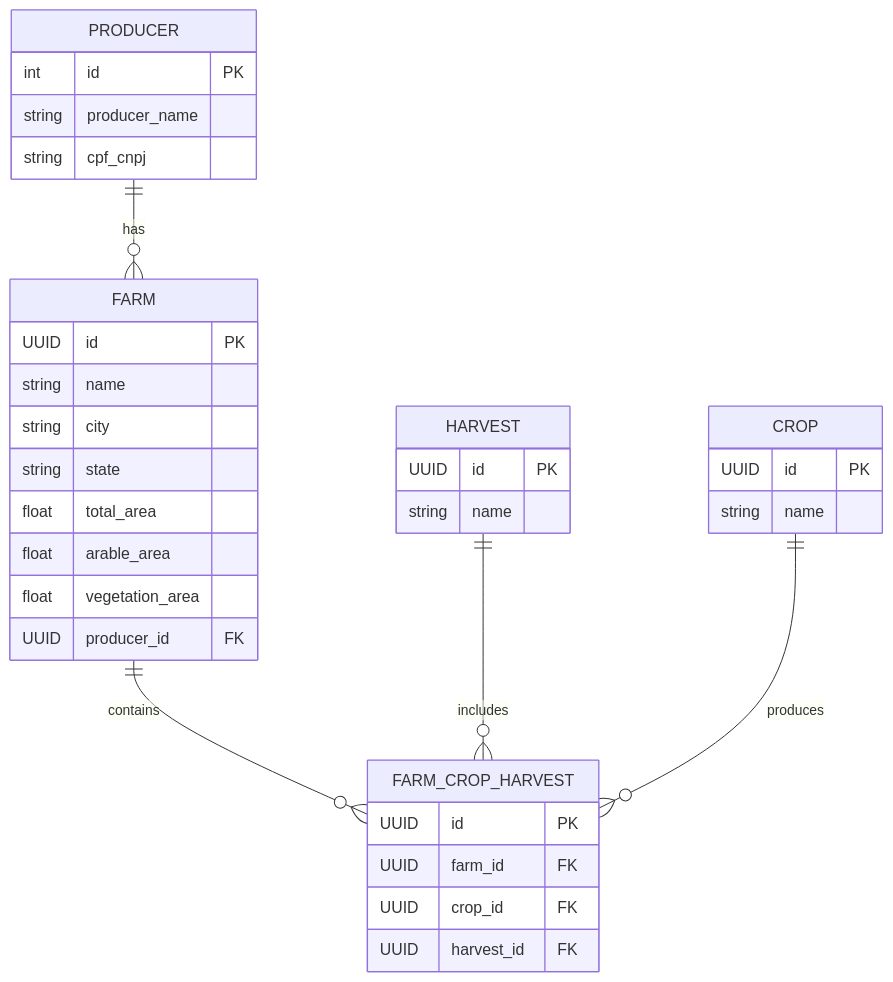
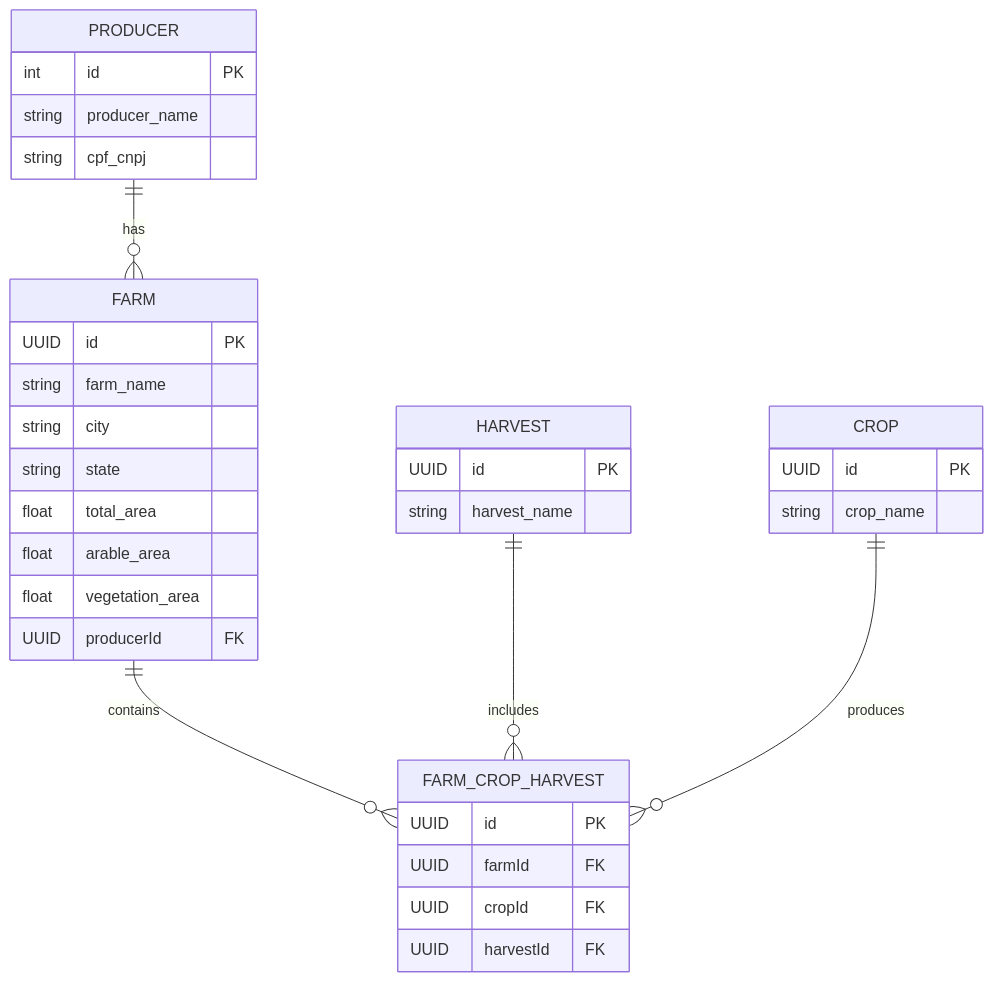
Before and after one commit to dilenio/brain_agriculture: the diagram in README.MD, drawn with Mermaid. The commit also changed other lines of this file and 12 other files, not shown here.

````diff
--- a/README.MD
+++ b/README.MD
@@ -3,41 +13,41 @@
 ```mermaid
 erDiagram
   PRODUCER ||--o{ FARM : has
   FARM ||--o{ FARM_CROP_HARVEST : contains
   HARVEST ||--o{ FARM_CROP_HARVEST : includes
   CROP ||--o{ FARM_CROP_HARVEST : produces
 
   PRODUCER {
     int id PK
     string producer_name
     string cpf_cnpj
   }
 
   FARM {
     UUID id PK
-    string name
+    string farm_name
     string city
     string state
     float total_area
     float arable_area
     float vegetation_area
-    UUID producer_id FK
+    UUID producerId FK
   }
 
   HARVEST {
     UUID id PK
-    string name
+    string harvest_name
   }
 
   CROP {
     UUID id PK
-    string name
+    string crop_name
   }
 
   FARM_CROP_HARVEST {
     UUID id PK
-    UUID farm_id FK
-    UUID crop_id FK
-    UUID harvest_id FK
+    UUID farmId FK
+    UUID cropId FK
+    UUID harvestId FK
   }
 ```
````
